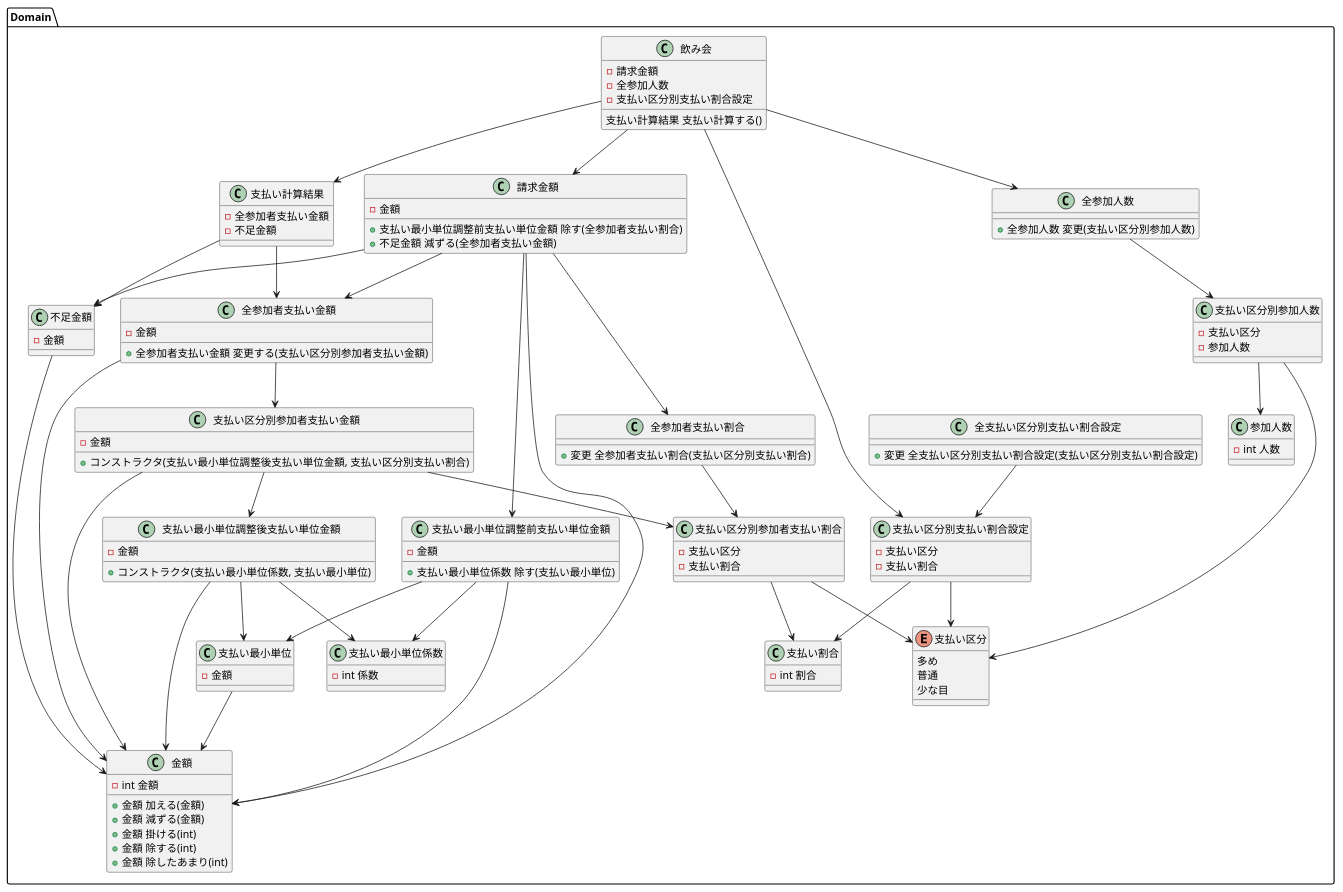
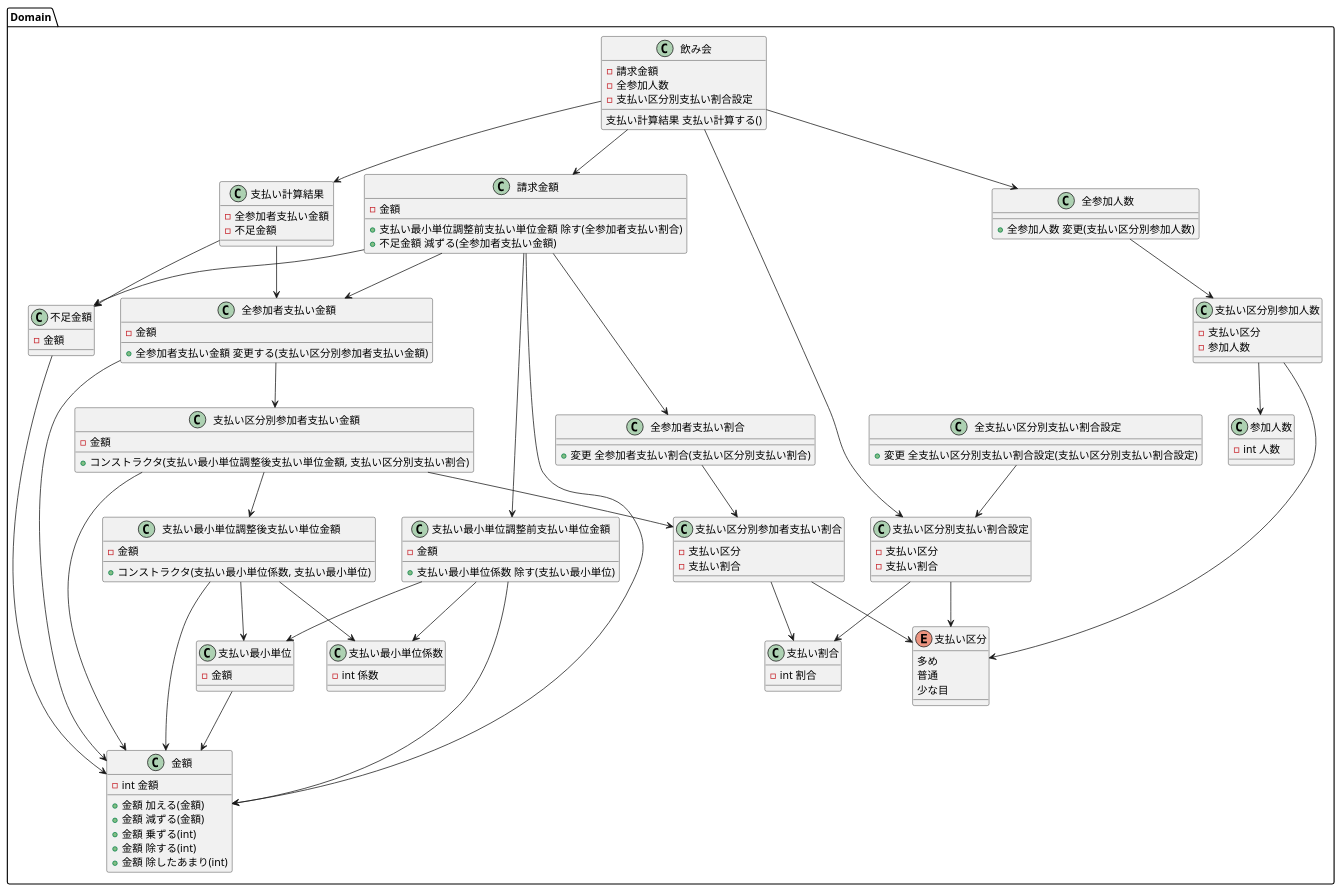
Before and after one commit to burobo/warikan: the diagram in docs/モデル.puml, drawn with PlantUML.

Commit message:
掛ける->乗ずるに表現を変更

```diff
--- a/docs/モデル.puml
+++ b/docs/モデル.puml
@@ -1,151 +1,151 @@
 @startuml model
 package Domain {
 
     class 支払い計算結果 {
         - 全参加者支払い金額
         - 不足金額
     }
 
     class 金額 {
         - int 金額
         + 金額 加える(金額)
         + 金額 減ずる(金額)
-        + 金額 掛ける(int)
+        + 金額 乗ずる(int)
         + 金額 除する(int)
         + 金額 除したあまり(int)
     }
 
     class 請求金額 {
         - 金額
         + 支払い最小単位調整前支払い単位金額 除す(全参加者支払い割合)
         + 不足金額 減ずる(全参加者支払い金額)
     }
 
     class 全参加者支払い金額 {
         - 金額
         + 全参加者支払い金額 変更する(支払い区分別参加者支払い金額)
     }
 
     class 支払い区分別参加者支払い金額 {
         - 金額
         + コンストラクタ(支払い最小単位調整後支払い単位金額, 支払い区分別支払い割合)
     }
 
     class 不足金額 {
         - 金額
     }
 
     class 支払い最小単位調整前支払い単位金額 {
         - 金額
         + 支払い最小単位係数 除す(支払い最小単位)
     }
 
     class 支払い最小単位調整後支払い単位金額 {
         - 金額
         + コンストラクタ(支払い最小単位係数, 支払い最小単位)
     }
 
     class 支払い最小単位 {
         - 金額
     }
 
     class 支払い最小単位係数 {
         - int 係数
     }
         
     enum 支払い区分 {
         多め
         普通
         少な目
     }
 
     class 支払い割合 {
         - int 割合
     }
 
     class 支払い区分別支払い割合設定 {
         - 支払い区分
         - 支払い割合
     }
 
     class 全支払い区分別支払い割合設定 {
         + 変更 全支払い区分別支払い割合設定(支払い区分別支払い割合設定)
     }
 
     class 支払い区分別参加者支払い割合 {
         - 支払い区分
         - 支払い割合
     }
 
     class 全参加者支払い割合 {
         + 変更 全参加者支払い割合(支払い区分別支払い割合)
     }
 
     class 飲み会 {
         - 請求金額
         - 全参加人数
         - 支払い区分別支払い割合設定
         支払い計算結果 支払い計算する()
     }
 
     class 参加人数 {
         - int 人数
     }
 
     class 支払い区分別参加人数 {
         - 支払い区分
         - 参加人数
     }
 
     class 全参加人数 {
         + 全参加人数 変更(支払い区分別参加人数)
     }
 }
 
 支払い計算結果 --> 全参加者支払い金額
 支払い計算結果 --> 不足金額
 
 請求金額 --> 支払い最小単位調整前支払い単位金額
 請求金額 --> 全参加者支払い割合
 請求金額 --> 全参加者支払い金額
 請求金額 --> 不足金額
 
 支払い区分別参加者支払い金額 --> 支払い最小単位調整後支払い単位金額
 支払い区分別参加者支払い金額 --> 支払い区分別参加者支払い割合
 
 全参加者支払い金額 --> 支払い区分別参加者支払い金額
 
 支払い最小単位調整前支払い単位金額 --> 支払い最小単位係数
 支払い最小単位調整前支払い単位金額 --> 支払い最小単位
 
 支払い最小単位調整後支払い単位金額 --> 支払い最小単位係数
 支払い最小単位調整後支払い単位金額 --> 支払い最小単位
 
 支払い区分別支払い割合設定 --> 支払い区分
 支払い区分別支払い割合設定 --> 支払い割合
 
 全支払い区分別支払い割合設定 --> 支払い区分別支払い割合設定
 
 支払い区分別参加者支払い割合 --> 支払い区分
 支払い区分別参加者支払い割合 --> 支払い割合
 
 全参加者支払い割合 --> 支払い区分別参加者支払い割合
 
 飲み会 --> 支払い計算結果
 飲み会 --> 請求金額
 飲み会 --> 全参加人数
 飲み会 --> 支払い区分別支払い割合設定
 
 支払い区分別参加人数 --> 支払い区分
 支払い区分別参加人数 --> 参加人数
 
 全参加人数 --> 支払い区分別参加人数
 
 請求金額 --> 金額
 全参加者支払い金額 --> 金額
 支払い区分別参加者支払い金額 --> 金額
 不足金額 --> 金額
 支払い最小単位調整前支払い単位金額 --> 金額
 支払い最小単位調整後支払い単位金額 --> 金額
 支払い最小単位 --> 金額
 @enduml
```
